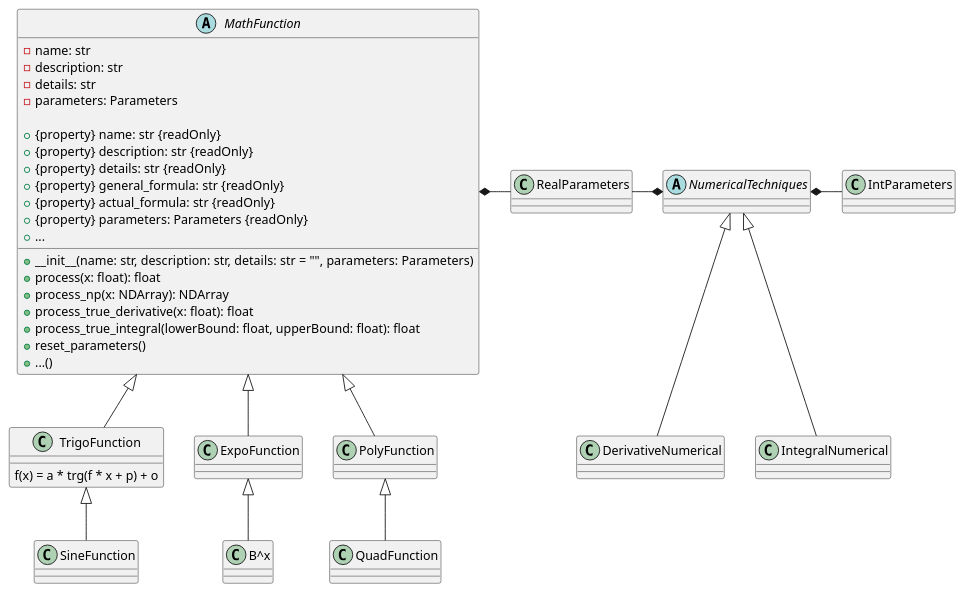
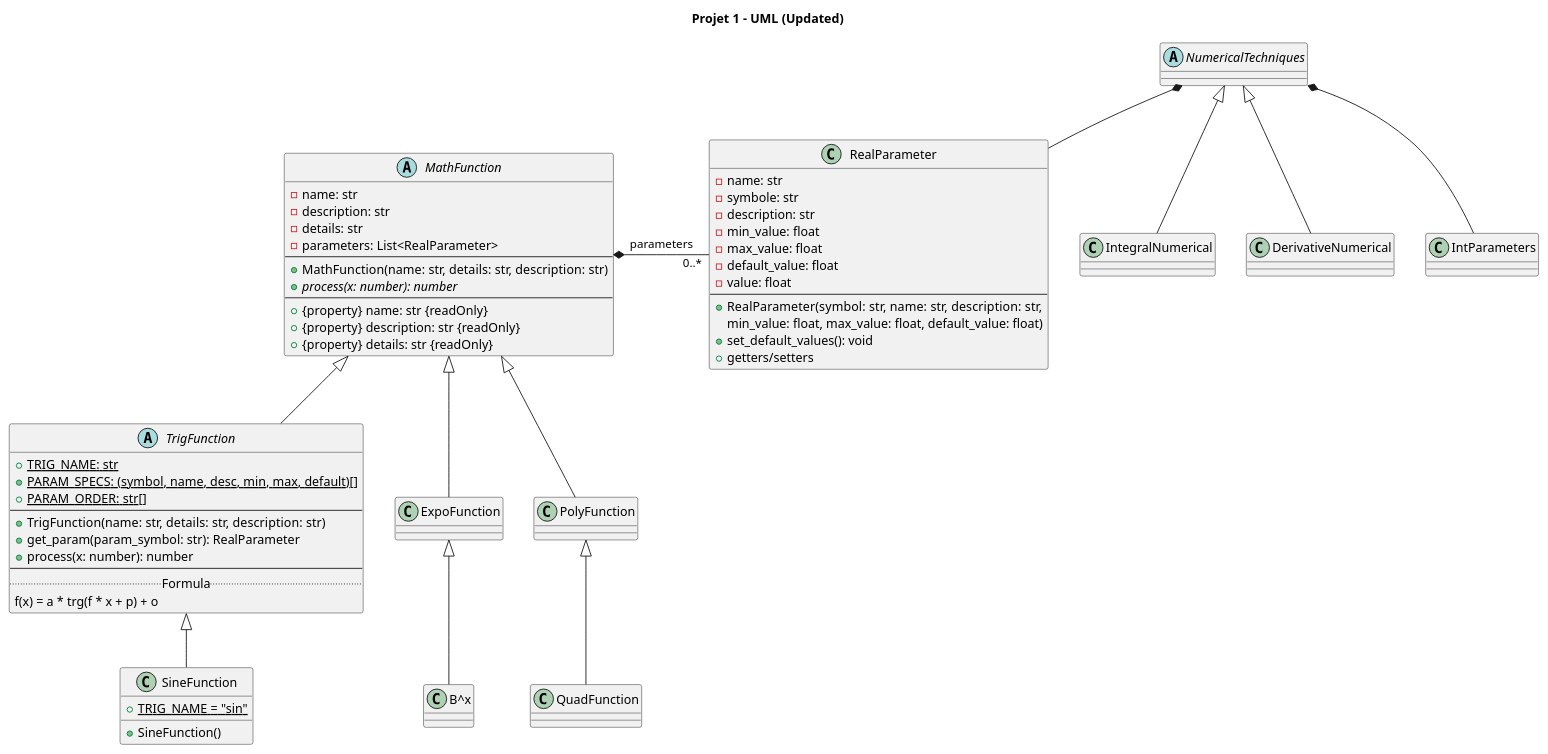
The diagram in des/work/UML.puml (WassFlm/projet_kehlouch), drawn with PlantUML before and after one commit. The commit also changed 2 other files, not shown here.

Commit message:
math_function real_parameter

```diff
--- a/des/work/UML.puml
+++ b/des/work/UML.puml
@@ -1,90 +1,96 @@
-@startuml Projet 1 - UML
+@startuml
+title Projet 1 - UML (Updated)
 
 skinparam class AttributeIconSize 0
 
+' ========= CORE =========
 abstract class MathFunction {
-    - name: str
-    - description: str
-    - details: str
-    - parameters: Parameters
-
-    + {property} name: str {readOnly}
-    + {property} description: str {readOnly}
-    + {property} details: str {readOnly}
-    + {property} general_formula: str {readOnly}
-    + {property} actual_formula: str {readOnly}
-    + {property} parameters: Parameters {readOnly}
-    + ...
-
-    + __init__(name: str, description: str, details: str = "", parameters: Parameters)
-    + process(x: float): float
-    + process_np(x: NDArray): NDArray
-    + process_true_derivative(x: float): float
-    + process_true_integral(lowerBound: float, upperBound: float): float
-    + reset_parameters()
-    + ...()
+  - name: str
+  - description: str
+  - details: str
+  - parameters: List<RealParameter>
+  --
+  + MathFunction(name: str, details: str, description: str)
+  {abstract} + process(x: number): number
+  --
+  + {property} name: str {readOnly}
+  + {property} description: str {readOnly}
+  + {property} details: str {readOnly}
 }
 
-abstract class NumericalTechniques {
-   
+' ========= TRIG FAMILY =========
+abstract class TrigFunction {
+  {static} + TRIG_NAME: str
+  {static} + PARAM_SPECS: (symbol, name, desc, min, max, default)[]
+  {static} + PARAM_ORDER: str[]
+  --
+  + TrigFunction(name: str, details: str, description: str)
+  + get_param(param_symbol: str): RealParameter
+  + process(x: number): number
+  --
+  .. Formula ..
+  f(x) = a * trg(f * x + p) + o
 }
 
-class TrigoFunction {
-  f(x) = a * trg(f * x + p) + o
+MathFunction <|-- TrigFunction
+
+class SineFunction {
+  {static} + TRIG_NAME = "sin"
+  + SineFunction()
 }
-MathFunction <|-- TrigoFunction
+TrigFunction <|-- SineFunction
 
+' ========= PARAMETERS =========
+class RealParameter {
+  - name: str
+  - symbole: str
+  - description: str
+  - min_value: float
+  - max_value: float
+  - default_value: float
+  - value: float
+  --
+  + RealParameter(symbol: str, name: str, description: str,
+                  min_value: float, max_value: float, default_value: float)
+  + set_default_values(): void
+  + getters/setters
+}
+
+MathFunction *-right- "0..*" RealParameter : parameters
+
+' ========= NUMERICAL =========
+abstract class NumericalTechniques {
+}
+
+class IntegralNumerical {
+}
+NumericalTechniques <|-- IntegralNumerical
+
+class DerivativeNumerical {
+}
+NumericalTechniques <|-- DerivativeNumerical
+
+NumericalTechniques *-- RealParameter
+NumericalTechniques *-- IntParameters
+
+class IntParameters {
+}
+
+' ========= OTHER FAMILIES =========
 class ExpoFunction {
-
 }
 MathFunction <|-- ExpoFunction
 
-
 class "B^x" {
-
 }
 ExpoFunction <|-- "B^x"
 
-
 class PolyFunction {
-
 }
 MathFunction <|-- PolyFunction
 
-
 class "QuadFunction" {
-
 }
 PolyFunction <|-- "QuadFunction"
 
-
-
-
-
-
-class SineFunction {
-
-}
-TrigoFunction <|-- SineFunction
-
-class RealParameters {
- 
-}
-MathFunction *-right- RealParameters  
-
-
-class IntParameters {
-
-}
-NumericalTechniques *-left- RealParameters  
-NumericalTechniques*-right- IntParameters
-class IntegralNumerical {
-
-}
-NumericalTechniques <|-- IntegralNumerical
-class DerivativeNumerical {
-
-}
-NumericalTechniques <|-- DerivativeNumerical
-
 @enduml
```
